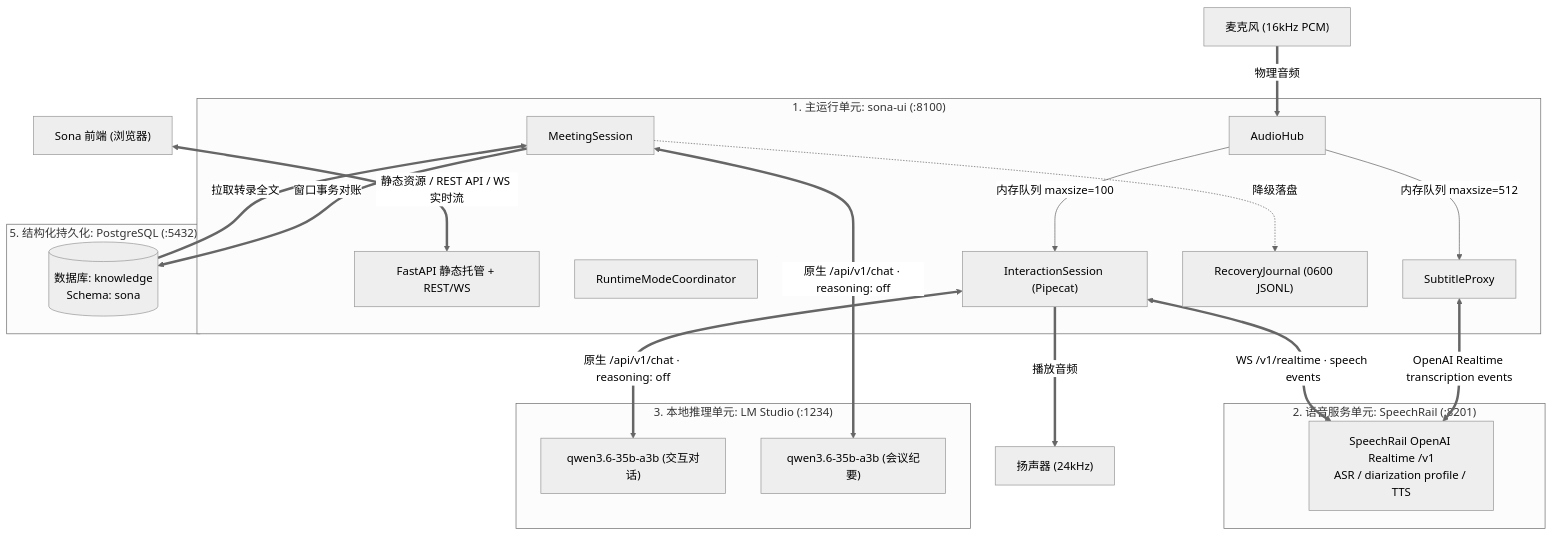
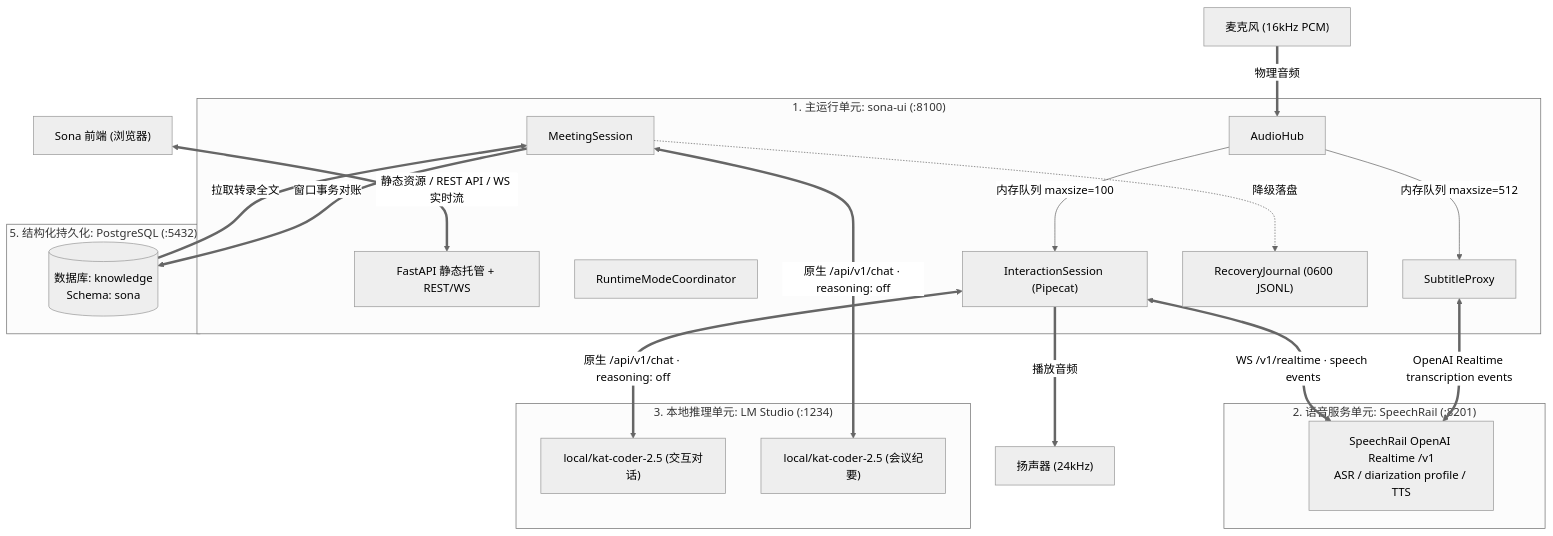
Before and after one commit to hrygo/voice-realtime: the second of 13 diagrams in docs/architecture/系统总体架构与详细设计方案.md, drawn with Mermaid (neutral theme). The commit also changed other lines of this file and 6 other files, not shown here.

Commit message:
docs: 统一默认模型为 local/kat-coder-2.5 并补充 LM Studio 配置分层

````diff
--- a/docs/architecture/系统总体架构与详细设计方案.md
+++ b/docs/architecture/系统总体架构与详细设计方案.md
@@ -208,45 +208,45 @@
 ```mermaid
 flowchart TB
     BROWSER["Sona 前端 (浏览器)"]
     MIC["麦克风 (16kHz PCM)"]
     SPEAKER["扬声器 (24kHz)"]
 
     subgraph UNIT1["1. 主运行单元: sona-ui (:8100)"]
         FASTAPI["FastAPI 静态托管 + REST/WS"]
         HUB_NODE["AudioHub"]
         COORD_NODE["RuntimeModeCoordinator"]
         PIPE_NODE["InteractionSession (Pipecat)"]
         PROXY_NODE["SubtitleProxy"]
         MEETING_NODE["MeetingSession"]
         JOURNAL_NODE["RecoveryJournal (0600 JSONL)"]
     end
 
     subgraph UNIT2["2. 语音服务单元: SpeechRail (:8201)"]
         SPEECHRAIL_NODE["SpeechRail OpenAI Realtime /v1<br/>ASR / diarization profile / TTS"]
     end
 
     subgraph UNIT3["3. 本地推理单元: LM Studio (:1234)"]
-        LM_INTERACT["qwen3.6-35b-a3b (交互对话)"]
-        LM_SUMMARY["qwen3.6-35b-a3b (会议纪要)"]
+        LM_INTERACT["local/kat-coder-2.5 (交互对话)"]
+        LM_SUMMARY["local/kat-coder-2.5 (会议纪要)"]
     end
 
     subgraph STORAGE["5. 结构化持久化: PostgreSQL (:5432)"]
         PG_DB[("数据库: knowledge<br/>Schema: sona")]
     end
 
     MIC ==>|物理音频| HUB_NODE
     HUB_NODE -->|内存队列 maxsize=100| PIPE_NODE
     HUB_NODE -->|内存队列 maxsize=512| PROXY_NODE
 
     PROXY_NODE <==>|OpenAI Realtime transcription events| SPEECHRAIL_NODE
     PIPE_NODE <==>|原生 /api/v1/chat · reasoning: off| LM_INTERACT
     PIPE_NODE <==>|WS /v1/realtime · speech events| SPEECHRAIL_NODE
     PIPE_NODE ==>|播放音频| SPEAKER
 
     MEETING_NODE ==>|窗口事务对账| PG_DB
     MEETING_NODE -.->|降级落盘| JOURNAL_NODE
     PG_DB ==>|拉取转录全文| MEETING_NODE
     MEETING_NODE <==>|原生 /api/v1/chat · reasoning: off| LM_SUMMARY
 
     BROWSER <==>|静态资源 / REST API / WS 实时流| FASTAPI
 ```
````
